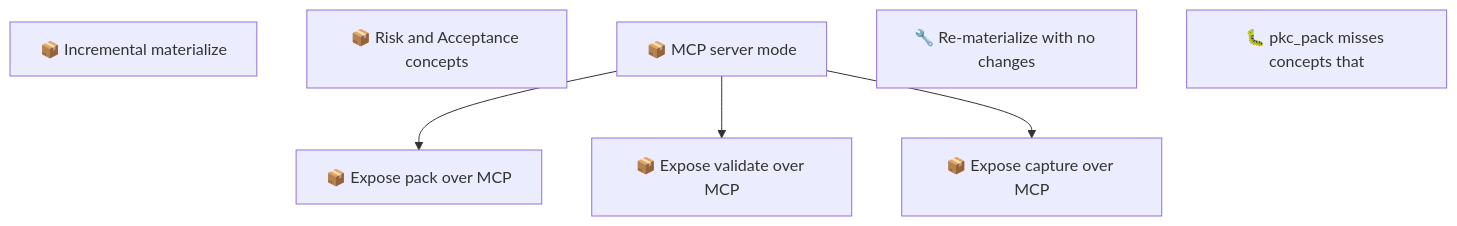
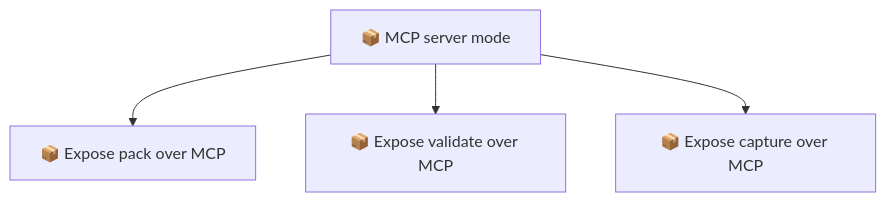
The second of 2 diagrams in docs/roadmap.md (SpillwaveSolutions/project-knowledge-capture), drawn with Mermaid before and after one commit. The commit also changed other lines of this file and 22 other files, not shown here.

First line of the commit message:
fix: pack inbound edges; no-op materialize leaves no diff (#45)

````diff
--- a/docs/roadmap.md
+++ b/docs/roadmap.md
@@ -77,14 +66,10 @@
 ```mermaid
 graph TD
-    01KZ75NQ2VDVFD3R9F0SV38YEN["📦 Incremental materialize"]
-    01KZ75NQ7VFPF3YESB5P90DR29["📦 Risk and Acceptance concepts"]
     01KZ75NQCMYGFYRCVJATEBVBRB["📦 MCP server mode"]
     01KZ75R3EXEG4GVGRP2S9CCKZ4["📦 Expose pack over MCP"]
     01KZ75R3M6BYQ643NKDCCSEEZC["📦 Expose validate over MCP"]
     01KZ75R3S2X1G4PCTGMMSR8BWA["📦 Expose capture over MCP"]
-    01KZD15ZR0JEKW6FA0HXM7W9CG["🔧 Re-materialize with no changes"]
-    01KZD6QRF62XDCPBDH5BN0H1RD["🐛 pkc_pack misses concepts that"]
     01KZ75NQCMYGFYRCVJATEBVBRB --> 01KZ75R3EXEG4GVGRP2S9CCKZ4
     01KZ75NQCMYGFYRCVJATEBVBRB --> 01KZ75R3M6BYQ643NKDCCSEEZC
     01KZ75NQCMYGFYRCVJATEBVBRB --> 01KZ75R3S2X1G4PCTGMMSR8BWA
 ```
````
